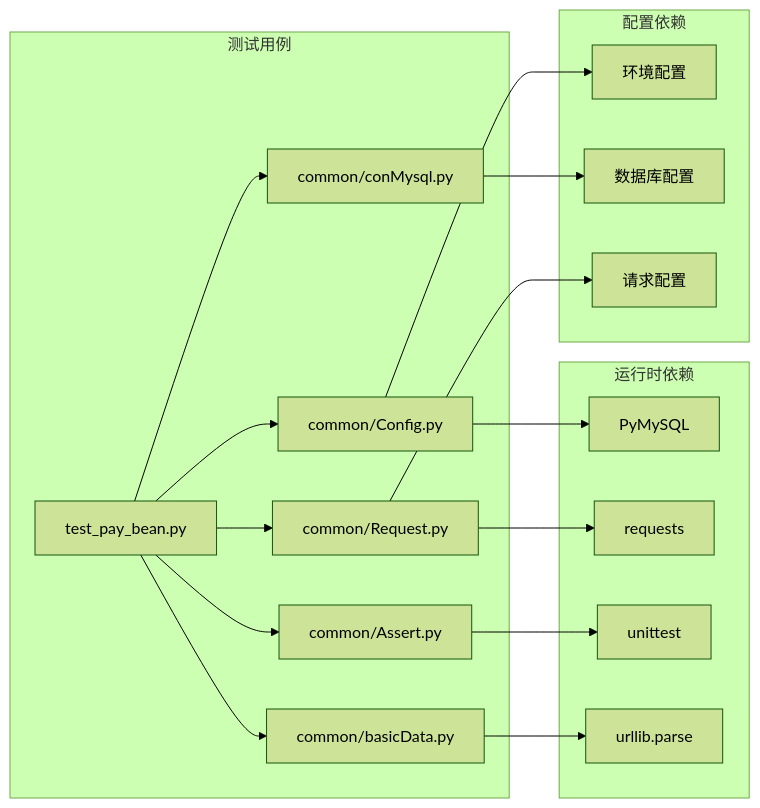
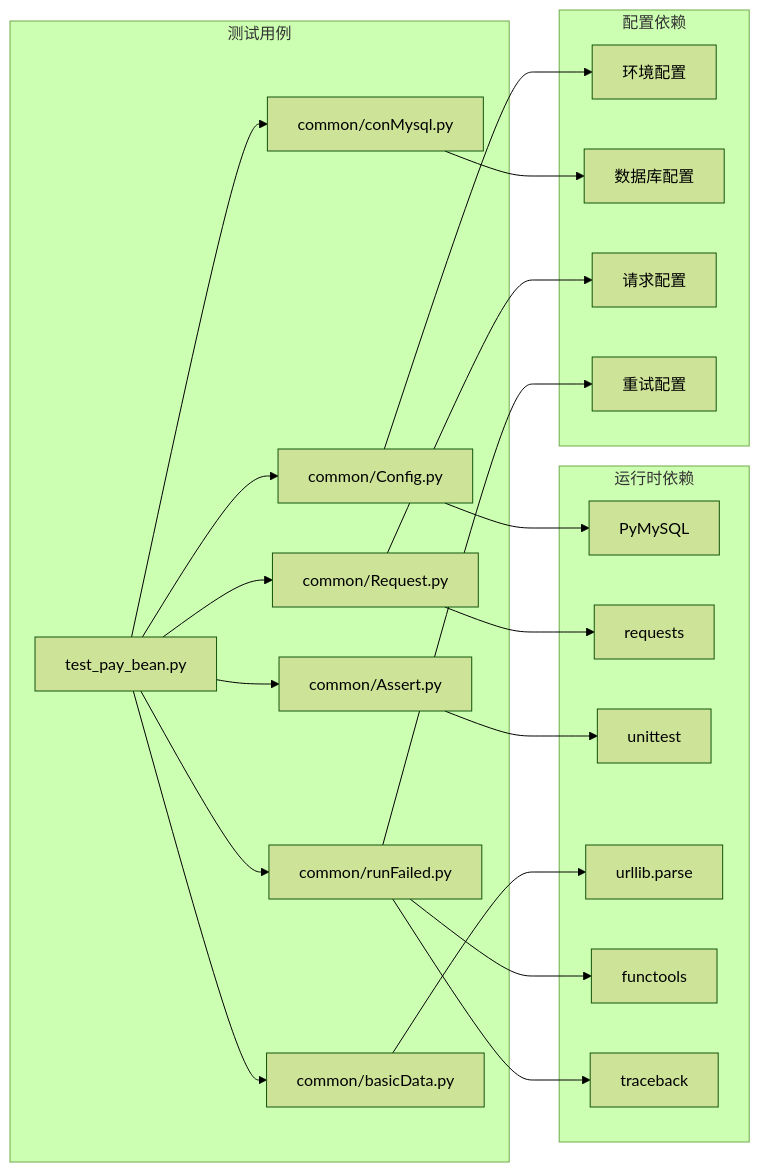
The seventh of 8 diagrams in .qoder/repowiki/zh/content/支付测试用例/私聊付费测试.md (liximing1-ola/qa-payTest), drawn with Mermaid (forest theme) before and after one commit. The commit also changed other lines of this file and 103 other files, not shown here.

````diff
--- a/.qoder/repowiki/zh/content/支付测试用例/私聊付费测试.md
+++ b/.qoder/repowiki/zh/content/支付测试用例/私聊付费测试.md
@@ -291,21 +332,25 @@
 ```mermaid
 graph LR
 subgraph "测试用例"
 A[test_pay_bean.py] --> B[common/Config.py]
 A --> C[common/conMysql.py]
 A --> D[common/Request.py]
 A --> E[common/Assert.py]
 A --> F[common/basicData.py]
+A --> G[common/runFailed.py]
 end
 subgraph "运行时依赖"
-B --> G[PyMySQL]
-D --> H[requests]
-E --> I[unittest]
-F --> J[urllib.parse]
+B --> H[PyMySQL]
+D --> I[requests]
+E --> J[unittest]
+F --> K[urllib.parse]
+G --> L[functools]
+G --> M[traceback]
 end
 subgraph "配置依赖"
-B --> K[环境配置]
-C --> L[数据库配置]
-D --> M[请求配置]
+B --> N[环境配置]
+C --> O[数据库配置]
+D --> P[请求配置]
+G --> Q[重试配置]
 end
 ```
````
